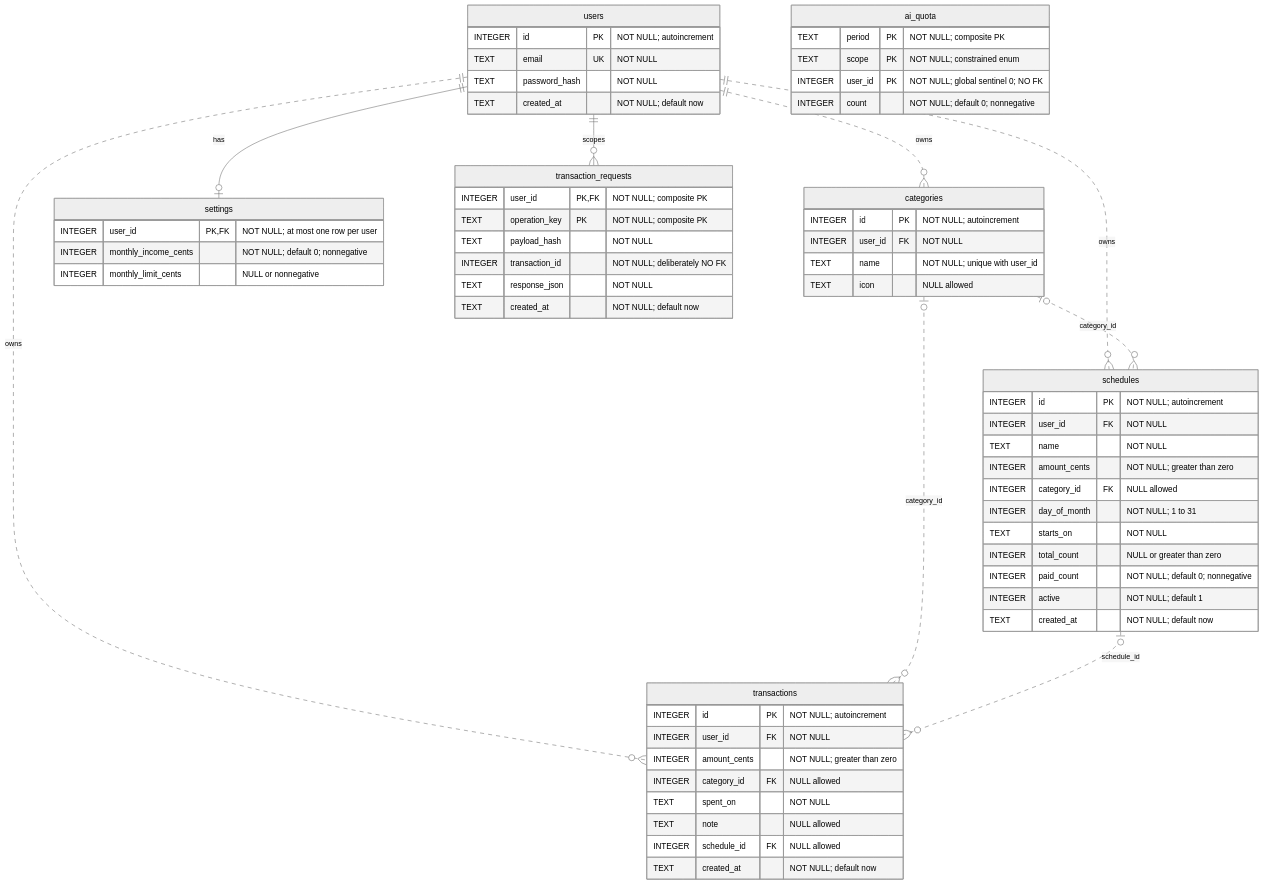
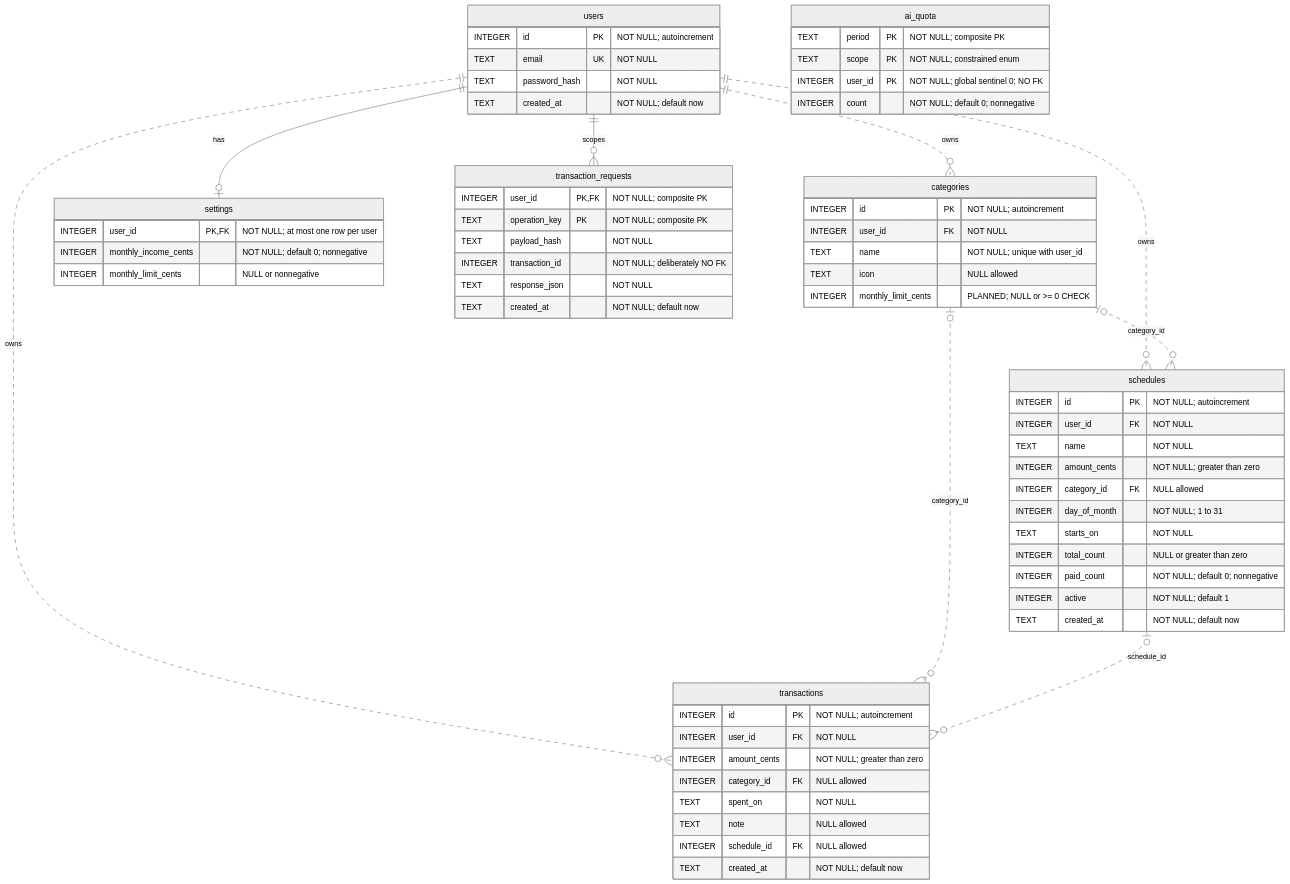
The diagram in docs/analysis/database.md (DaniilBehus/wallet-tracker), drawn with Mermaid (neutral theme) before and after one commit. The commit also changed other lines of this file and 10 other files, not shown here.

````diff
--- a/docs/analysis/database.md
+++ b/docs/analysis/database.md
@@ -9,65 +17,66 @@
 ```mermaid
 erDiagram
     users ||..o{ categories : owns
     users ||..o{ schedules : owns
     users ||..o{ transactions : owns
     users ||--o| settings : has
     users ||--o{ transaction_requests : scopes
     categories |o..o{ schedules : category_id
     categories |o..o{ transactions : category_id
     schedules |o..o{ transactions : schedule_id
     users {
         INTEGER id PK "NOT NULL; autoincrement"
         TEXT email UK "NOT NULL"
         TEXT password_hash "NOT NULL"
         TEXT created_at "NOT NULL; default now"
     }
     categories {
         INTEGER id PK "NOT NULL; autoincrement"
         INTEGER user_id FK "NOT NULL"
         TEXT name "NOT NULL; unique with user_id"
         TEXT icon "NULL allowed"
+        INTEGER monthly_limit_cents "PLANNED; NULL or >= 0 CHECK"
     }
     schedules {
         INTEGER id PK "NOT NULL; autoincrement"
         INTEGER user_id FK "NOT NULL"
         TEXT name "NOT NULL"
         INTEGER amount_cents "NOT NULL; greater than zero"
         INTEGER category_id FK "NULL allowed"
         INTEGER day_of_month "NOT NULL; 1 to 31"
         TEXT starts_on "NOT NULL"
         INTEGER total_count "NULL or greater than zero"
         INTEGER paid_count "NOT NULL; default 0; nonnegative"
         INTEGER active "NOT NULL; default 1"
         TEXT created_at "NOT NULL; default now"
     }
     transactions {
         INTEGER id PK "NOT NULL; autoincrement"
         INTEGER user_id FK "NOT NULL"
         INTEGER amount_cents "NOT NULL; greater than zero"
         INTEGER category_id FK "NULL allowed"
         TEXT spent_on "NOT NULL"
         TEXT note "NULL allowed"
         INTEGER schedule_id FK "NULL allowed"
         TEXT created_at "NOT NULL; default now"
     }
     settings {
         INTEGER user_id PK,FK "NOT NULL; at most one row per user"
         INTEGER monthly_income_cents "NOT NULL; default 0; nonnegative"
         INTEGER monthly_limit_cents "NULL or nonnegative"
     }
     transaction_requests {
         INTEGER user_id PK,FK "NOT NULL; composite PK"
         TEXT operation_key PK "NOT NULL; composite PK"
         TEXT payload_hash "NOT NULL"
         INTEGER transaction_id "NOT NULL; deliberately NO FK"
         TEXT response_json "NOT NULL"
         TEXT created_at "NOT NULL; default now"
     }
     ai_quota {
         TEXT period PK "NOT NULL; composite PK"
         TEXT scope PK "NOT NULL; constrained enum"
         INTEGER user_id PK "NOT NULL; global sentinel 0; NO FK"
         INTEGER count "NOT NULL; default 0; nonnegative"
     }
 ```
````
